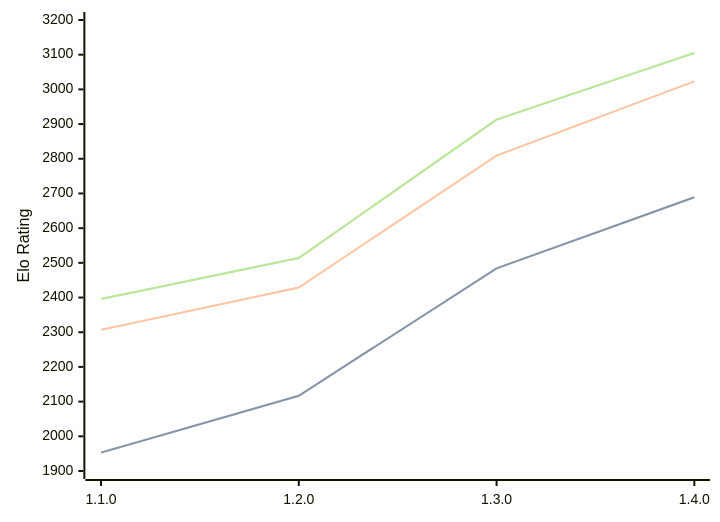
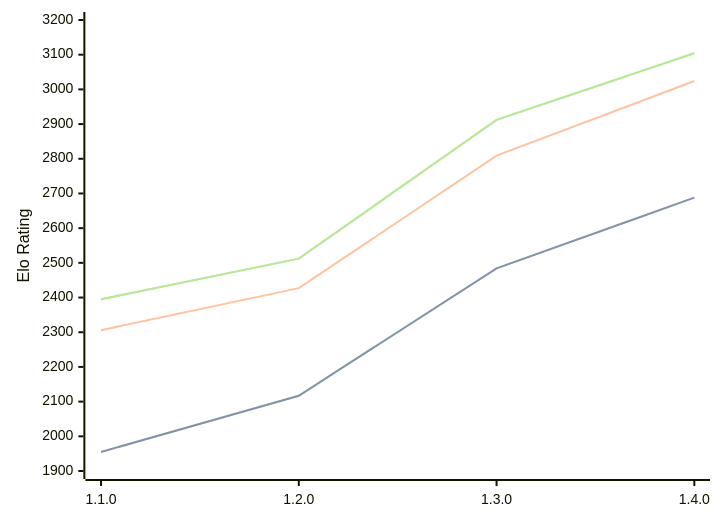
Before and after one commit to computer-chess-index/cci: the first of 3 diagrams in engines/Gyatso.md, drawn with Mermaid. The commit also changed other lines of this file, not shown here.

Commit message:
Update CCI Ratings (ELO VLTC) - 2026-07-15

````diff
--- a/engines/Gyatso.md
+++ b/engines/Gyatso.md
@@ -35,11 +35,11 @@
 ```mermaid
 %%{init: {"theme":"base","themeVariables":{"seriesColors:['#a3a3a3','#222221','#faa371']}}}%%
 xychart-beta
   x-axis ["1.1.0", "1.2.0", "1.3.0", "1.4.0"]
   y-axis "Elo Rating" 1900 --> 3200
-  line "STC (8.0+0.08s)" [1953, 2117, 2484, 2689]
-  line "STC (8.0+0.08s)" [1953, 2117, 2484, 2689]
-  line "LTC (60.0+0.60s)" [2307, 2429, 2809, 3023]
-  line "VLTC (2m24s+1.12s)" [2396, 2514, 2913, 3105]
-  line "VLTC (2m24s+1.12s)" [2396, 2514, 2913, 3105]
+  line "STC (8.0+0.08s)" [1955, 2117, 2484, 2688]
+  line "STC (8.0+0.08s)" [1955, 2117, 2484, 2688]
+  line "LTC (60.0+0.60s)" [2306, 2427, 2809, 3024]
+  line "VLTC (2m24s+1.12s)" [2395, 2512, 2912, 3104]
+  line "VLTC (2m24s+1.12s)" [2395, 2512, 2912, 3104]
 ```
````
